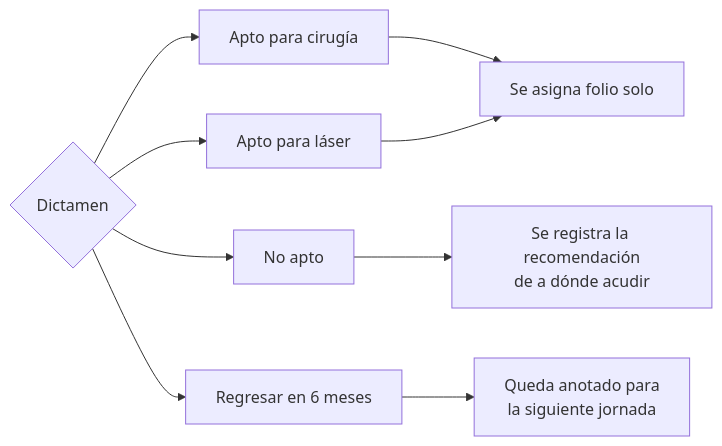
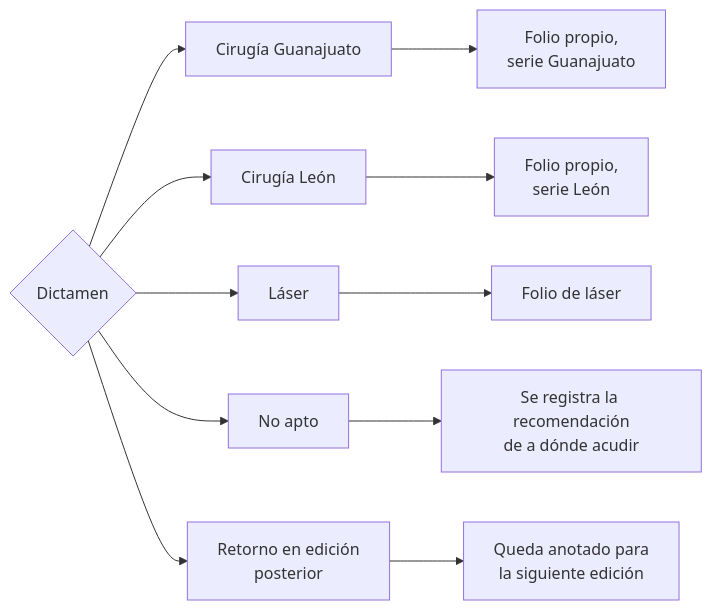
One commit to BenchHPZ/Programa-nuevo-amanecer changed the second of 3 diagrams in docs/MANUAL-ROLES.md. Above: the diagram before and after it, drawn with Mermaid. The commit also changed other lines of this file and 35 other files, not shown here.

````diff
--- a/docs/MANUAL-ROLES.md
+++ b/docs/MANUAL-ROLES.md
@@ -138,7 +145,8 @@
 ```mermaid
 flowchart LR
-    D{Dictamen} --> A["Apto para cirugía"] --> F["Se asigna folio solo"]
-    D --> B["Apto para láser"] --> F
-    D --> C["No apto"] --> R["Se registra la recomendación<br/>de a dónde acudir"]
-    D --> E["Regresar en 6 meses"] --> S["Queda anotado para<br/>la siguiente jornada"]
+    D{Dictamen} --> A["Cirugía Guanajuato"] --> F1["Folio propio,<br/>serie Guanajuato"]
+    D --> B["Cirugía León"] --> F2["Folio propio,<br/>serie León"]
+    D --> C["Láser"] --> F3["Folio de láser"]
+    D --> E["No apto"] --> R["Se registra la recomendación<br/>de a dónde acudir"]
+    D --> G["Retorno en edición<br/>posterior"] --> S["Queda anotado para<br/>la siguiente edición"]
 ```
````
